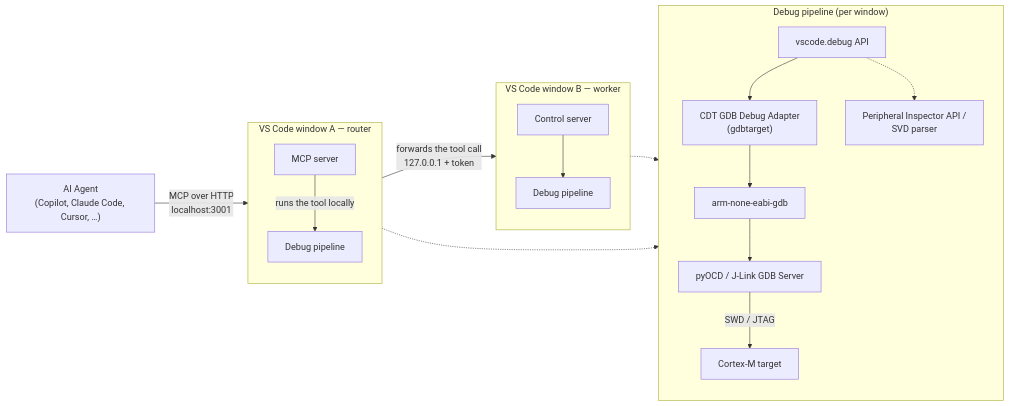
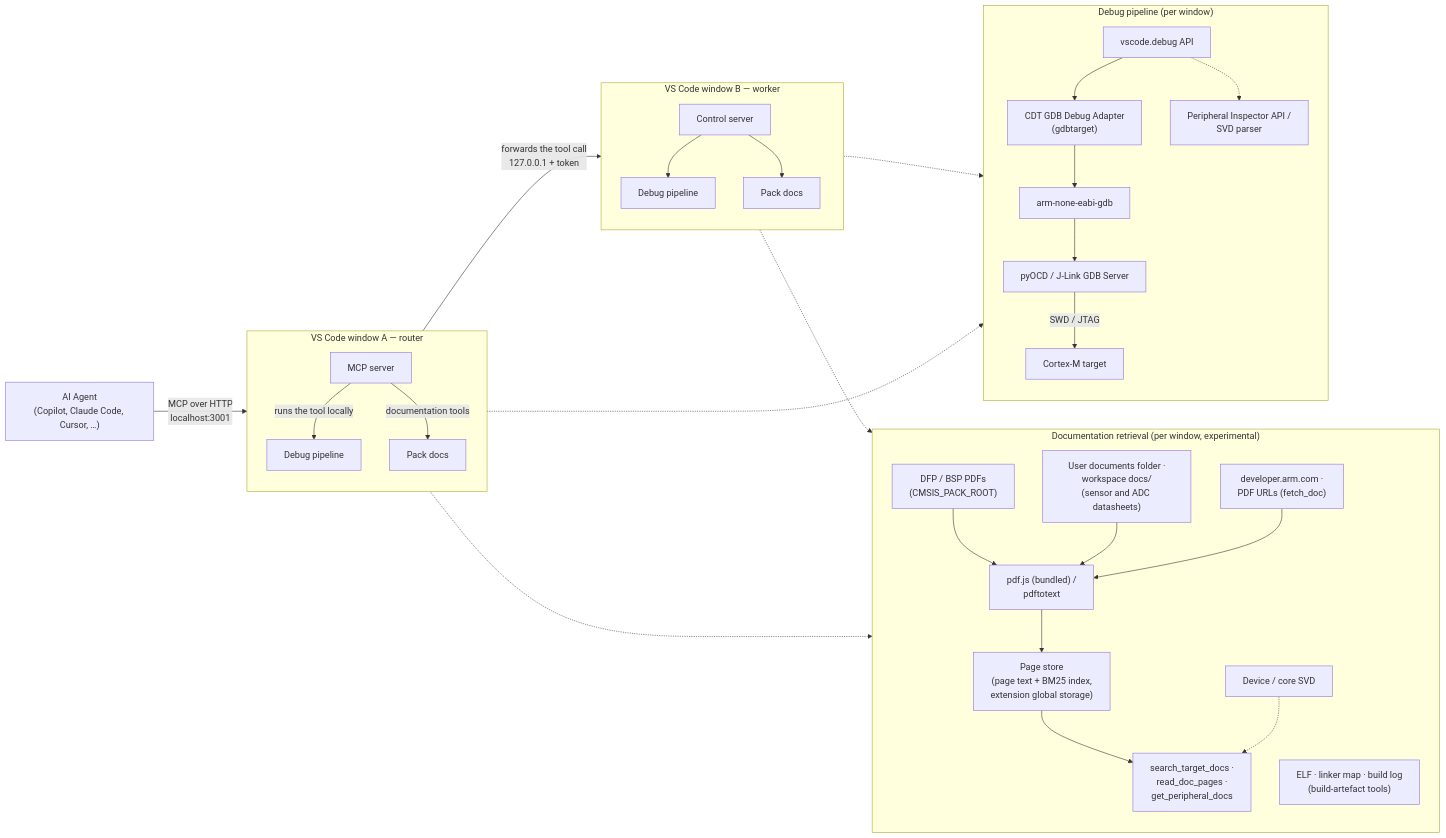
Before and after one commit to Open-CMSIS-Pack/CMSIS-Developer-Assistant: the diagram in assets/architecture.mmd, drawn with Mermaid. The commit also changed 223 other files, not shown here.

First line of the commit message:
2.3.5–2.3.9: AI efficiency, diagnose_fault, target switch, documentation and build-artefact tools, workspace skills (#30)

```diff
--- a/assets/architecture.mmd
+++ b/assets/architecture.mmd
@@ -1,32 +1,49 @@
 %% Architecture of the CMSIS Developer Assistant.
-%% Export to assets/architecture.svg after editing, e.g. with
-%%   npx -y @mermaid-js/mermaid-cli -i assets/architecture.mmd -o assets/architecture.svg -b transparent
+%% Export to assets/architecture.png (used by the README) after editing:
+%%   npm run diagram
+%% (mermaid-cli with the local Chrome; opaque background so the extension page renders it in dark themes too).
 flowchart LR
     agent["AI Agent<br/>(Copilot, Claude Code, Cursor, …)"]
     agent -- "MCP over HTTP<br/>localhost:3001" --> srvA
 
     subgraph router["VS Code window A — router"]
         direction TB
         srvA["MCP server"]
         srvA -- "runs the tool locally" --> dbgA["Debug pipeline"]
+        srvA -- "documentation tools" --> docsA["Pack docs"]
     end
 
     srvA -- "forwards the tool call<br/>127.0.0.1 + token" --> srvB
 
     subgraph worker["VS Code window B — worker"]
         direction TB
         srvB["Control server"]
         srvB --> dbgB["Debug pipeline"]
+        srvB --> docsB["Pack docs"]
     end
 
     subgraph pipeline["Debug pipeline (per window)"]
         direction TB
         api["vscode.debug API"] --> cdt["CDT GDB Debug Adapter<br/>(gdbtarget)"]
         cdt --> gdb["arm-none-eabi-gdb"]
         gdb --> server["pyOCD / J-Link GDB Server"]
         server -- "SWD / JTAG" --> target["Cortex-M target"]
         api -.-> svd["Peripheral Inspector API /<br/>SVD parser"]
     end
 
+    subgraph docs["Documentation retrieval (per window, experimental)"]
+        direction TB
+        store["Page store<br/>(page text + BM25 index,<br/>extension global storage)"]
+        extract["pdf.js (bundled) /<br/>pdftotext"] --> store
+        packs["DFP / BSP PDFs<br/>(CMSIS_PACK_ROOT)"] --> extract
+        user["User documents folder ·<br/>workspace docs/<br/>(sensor and ADC datasheets)"] --> extract
+        web["developer.arm.com ·<br/>PDF URLs (fetch_doc)"] --> extract
+        store --> search["search_target_docs ·<br/>read_doc_pages ·<br/>get_peripheral_docs"]
+        svdDocs["Device / core SVD"] -.-> search
+        build["ELF · linker map · build log<br/>(build-artefact tools)"]
+    end
+
     dbgA -.-> pipeline
     dbgB -.-> pipeline
+    docsA -.-> docs
+    docsB -.-> docs
```
